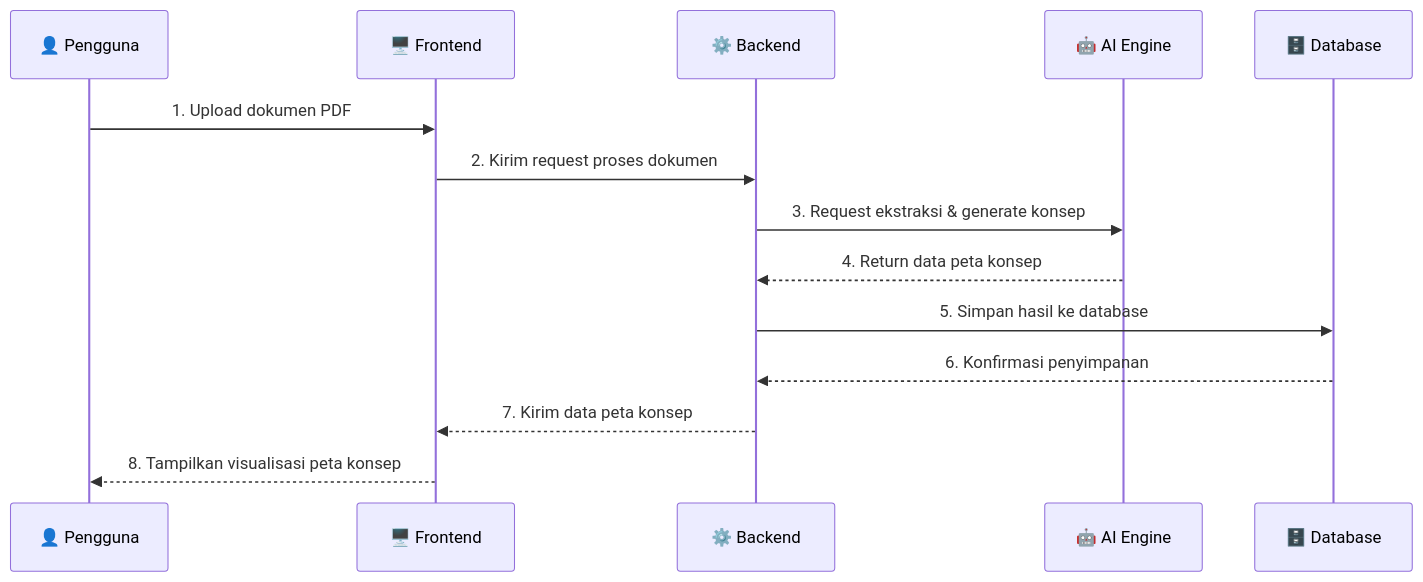
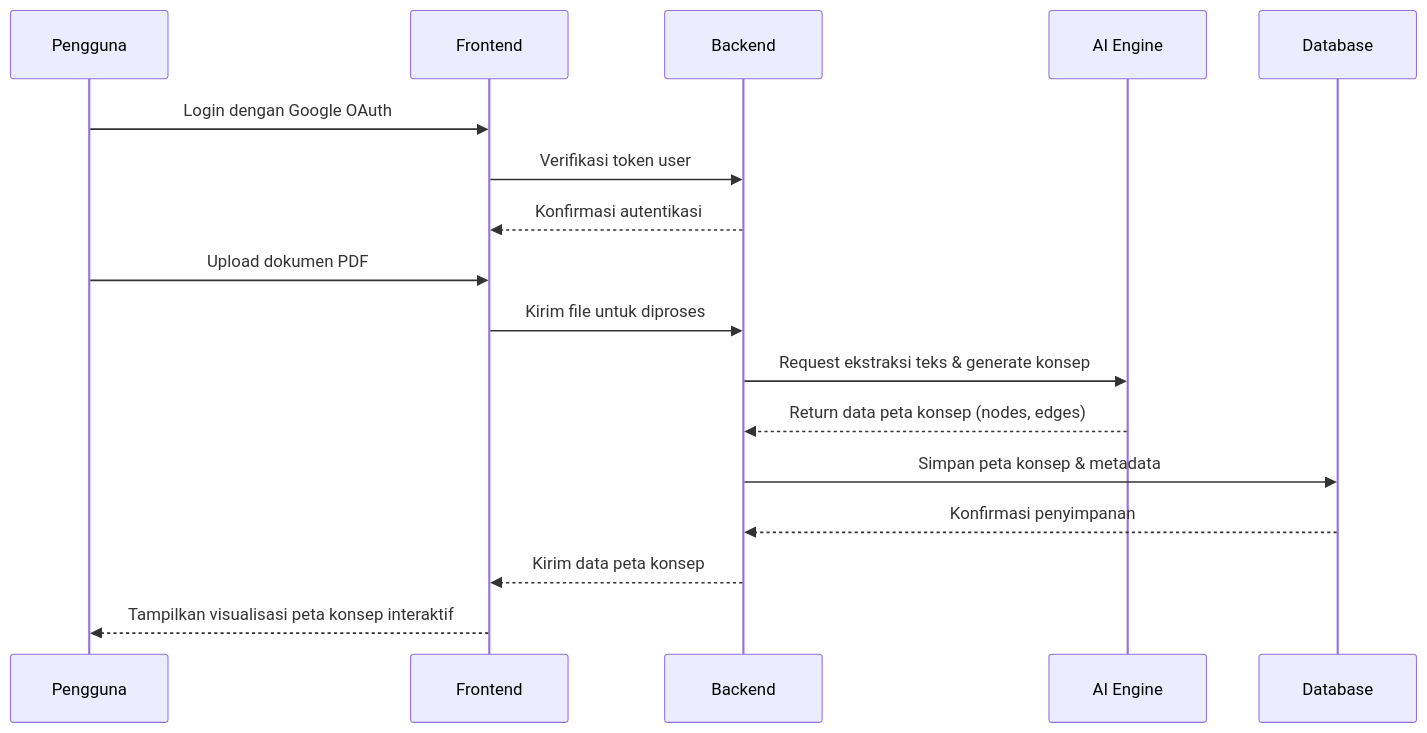
The third of 4 diagrams in GRAPH.md (edu-rag/vizmind-ai), drawn with Mermaid before and after one commit. The commit also changed other lines of this file, not shown here.

Commit message:
docs: enhance graph docs

````diff
--- a/GRAPH.md
+++ b/GRAPH.md
@@ -81,17 +85,21 @@
 ```mermaid
 sequenceDiagram
-    participant U as 👤 Pengguna
-    participant F as 🖥️ Frontend
-    participant B as ⚙️ Backend
-    participant AI as 🤖 AI Engine
-    participant DB as 🗄️ Database
+    participant U as Pengguna
+    participant F as Frontend
+    participant B as Backend
+    participant AI as AI Engine
+    participant DB as Database
 
-    U->>F: 1. Upload dokumen PDF
-    F->>B: 2. Kirim request proses dokumen
-    B->>AI: 3. Request ekstraksi & generate konsep
-    AI-->>B: 4. Return data peta konsep
-    B->>DB: 5. Simpan hasil ke database
-    DB-->>B: 6. Konfirmasi penyimpanan
-    B-->>F: 7. Kirim data peta konsep
-    F-->>U: 8. Tampilkan visualisasi peta konsep
+    U->>F: Login dengan Google OAuth
+    F->>B: Verifikasi token user
+    B-->>F: Konfirmasi autentikasi
+    
+    U->>F: Upload dokumen PDF
+    F->>B: Kirim file untuk diproses
+    B->>AI: Request ekstraksi teks & generate konsep
+    AI-->>B: Return data peta konsep (nodes, edges)
+    B->>DB: Simpan peta konsep & metadata
+    DB-->>B: Konfirmasi penyimpanan
+    B-->>F: Kirim data peta konsep
+    F-->>U: Tampilkan visualisasi peta konsep interaktif
 ```
````
